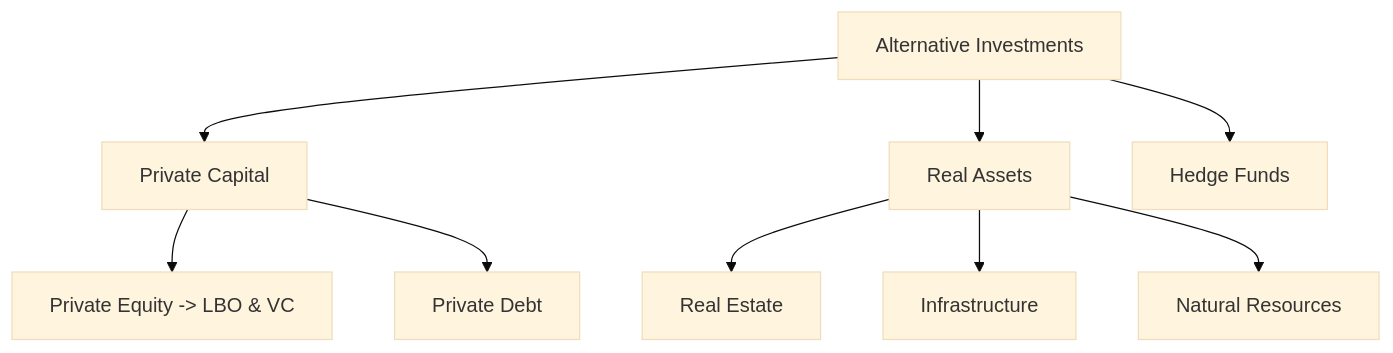
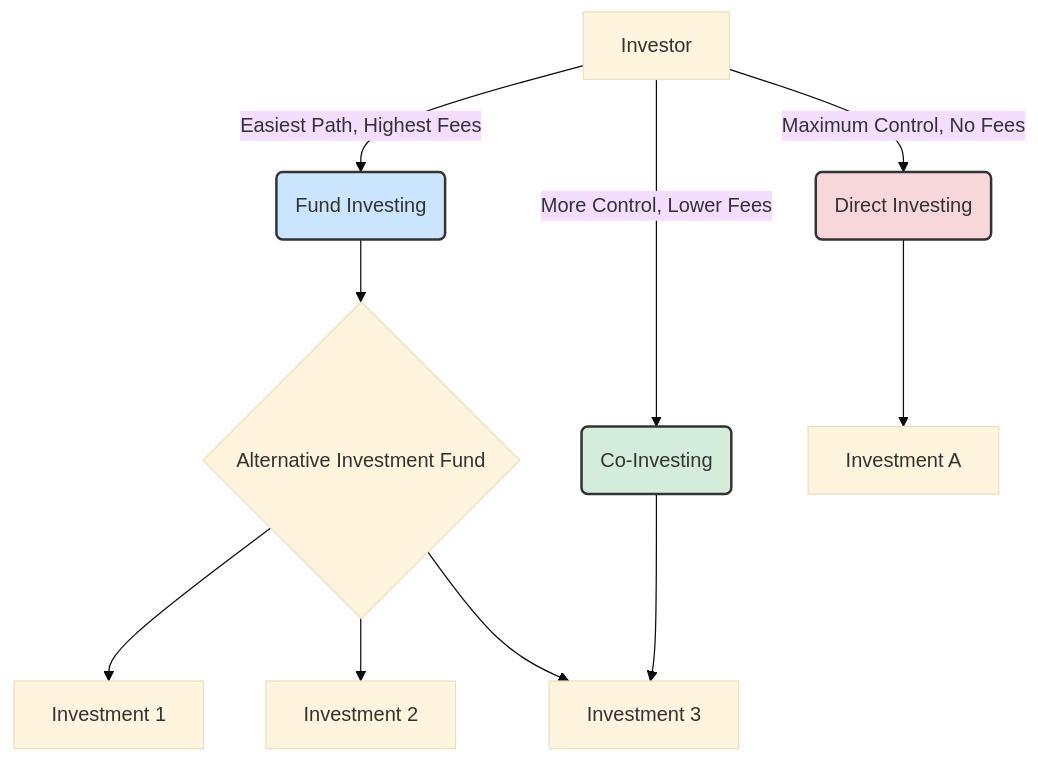
Before and after one commit to agarwalvipin/open_cfa: the first of 2 diagrams in docs/LOS/Alts/Reading 76.md, drawn with Mermaid (base theme). The commit also changed other lines of this file and 6 other files, not shown here.

````diff
--- a/docs/LOS/Alts/Reading 76.md
+++ b/docs/LOS/Alts/Reading 76.md
@@ -30,11 +68,18 @@
 ```mermaid
-graph TD;
-    A[Alternative Investments] --> B[Private Capital];
-    A --> C[Real Assets];
-    A --> D[Hedge Funds];
-    B --> B1[Private Equity -> LBO & VC];
-    B --> B2[Private Debt];
-    C --> C1[Real Estate];
-    C --> C2[Infrastructure];
-    C --> C3[Natural Resources];
+graph TD
+    A[Investor] -->|Easiest Path, Highest Fees| B(Fund Investing);
+    B --> C{Alternative Investment Fund};
+    C --> D[Investment 1];
+    C --> E[Investment 2];
+    C --> F[Investment 3];
+
+    A -->|More Control, Lower Fees| G(Co-Investing);
+    G --> F;
+
+    A -->|Maximum Control, No Fees| H(Direct Investing);
+    H --> I[Investment A];
+
+    style B fill:#cce5ff,stroke:#333,stroke-width:2px
+    style G fill:#d4edda,stroke:#333,stroke-width:2px
+    style H fill:#f8d7da,stroke:#333,stroke-width:2px
 ```
````
